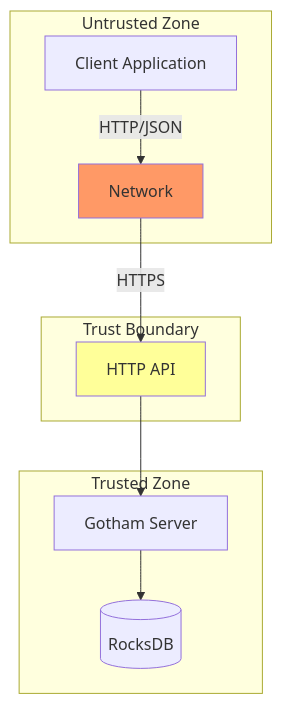
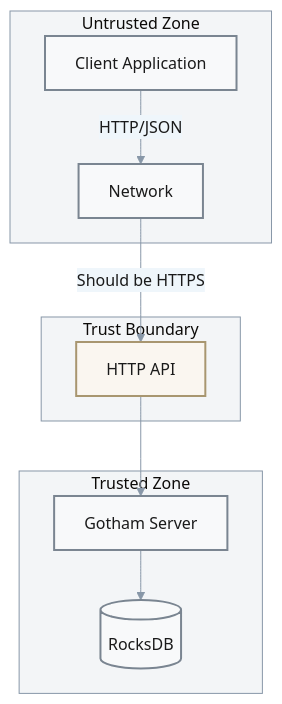
Before and after one commit to ljg-cqu/ZenGo-X-gotham-city: the diagram in wiki/Security.md, drawn with Mermaid. The commit also changed other lines of this file and 41 other files, not shown here.

````diff
--- a/wiki/Security.md
+++ b/wiki/Security.md
@@ -19,24 +16,26 @@
 ```mermaid
+%%{init: {"theme": "base", "themeVariables": {"primaryColor": "#f8f9fa", "primaryTextColor": "#1a1a1a", "primaryBorderColor": "#7a8591", "lineColor": "#8897a8", "secondaryColor": "#eff6fb", "tertiaryColor": "#f3f5f7", "clusterBkg": "#f3f5f7", "clusterBorder": "#8897a8"}}}%%
 flowchart TD
     subgraph Untrusted["Untrusted Zone"]
         User[Client Application]
         Network[Network]
     end
     
     subgraph TrustBoundary["Trust Boundary"]
         API[HTTP API]
     end
     
     subgraph Trusted["Trusted Zone"]
         Server[Gotham Server]
         DB[(RocksDB)]
     end
     
     User -->|HTTP/JSON| Network
-    Network -->|HTTPS| API
+    Network -->|Should be HTTPS| API
     API --> Server
     Server --> DB
     
-    style Network fill:#f96
-    style API fill:#ff9
+    classDef default fill:#f8f9fa,stroke:#7a8591,stroke-width:2px,color:#1a1a1a
+    classDef boundary fill:#faf6f0,stroke:#a89670,stroke-width:2px,color:#1a1a1a
+    class API boundary
 ```
````
